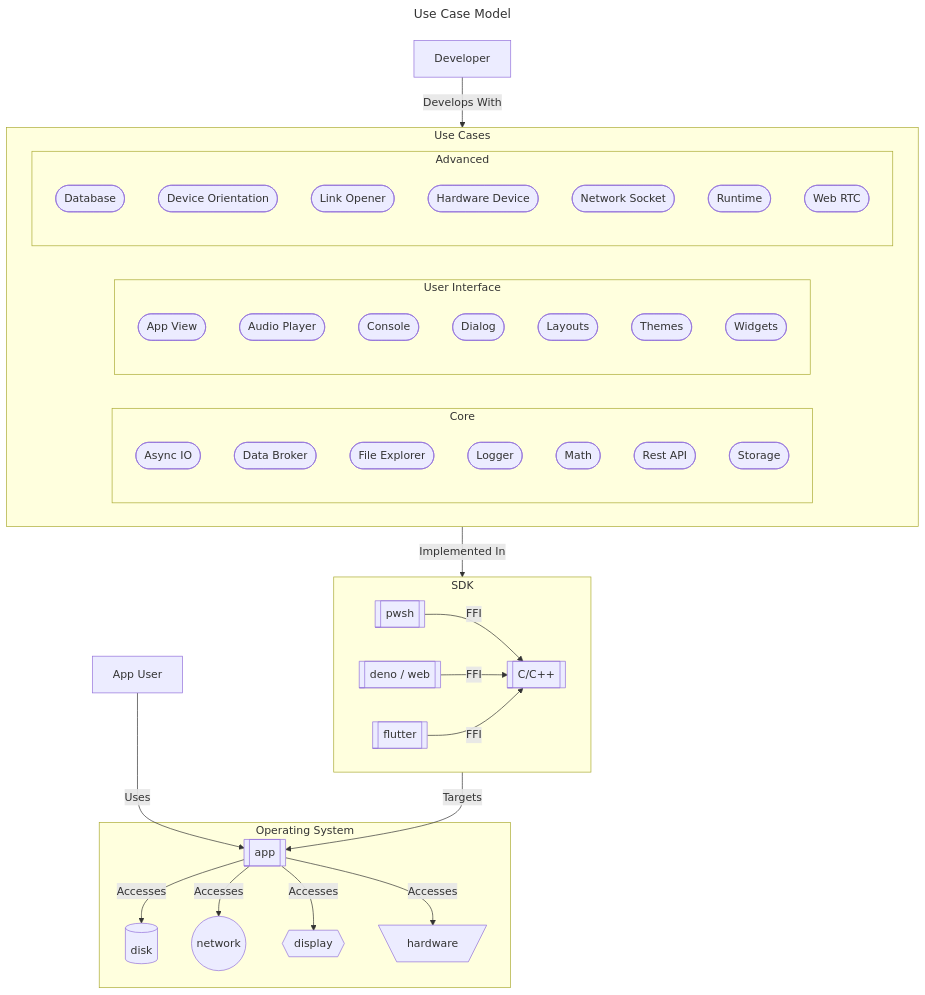
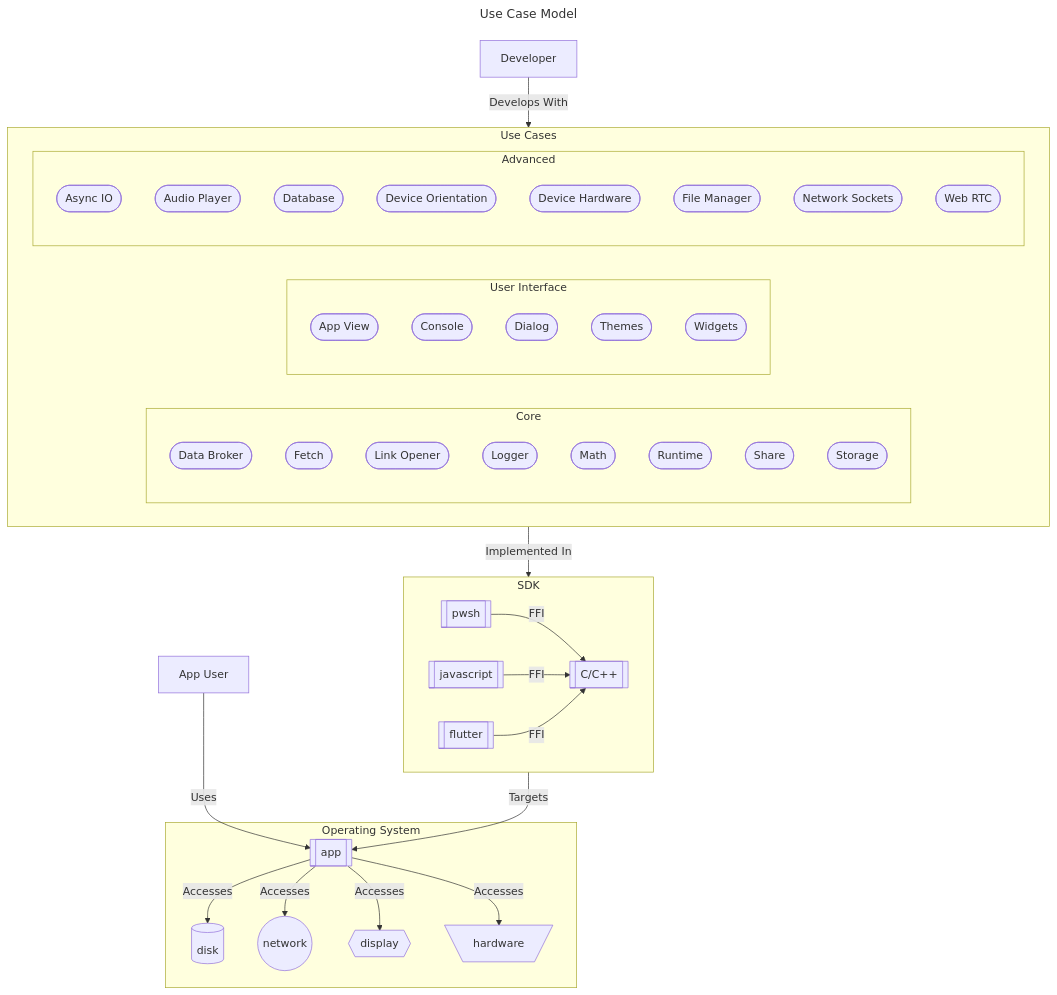
One commit to CodeMelted/codemelted_developer changed the diagram in README.md. Above: the diagram before and after it, drawn with Mermaid. The commit also changed 8 other files, not shown here.

````diff
--- a/README.md
+++ b/README.md
@@ -39,59 +39,59 @@
 ```mermaid
 ---
 title: Use Case Model
 ---
 flowchart TD
     subgraph ucModel[Use Cases]
         subgraph Core
-            ucAsyncIO([Async IO])
             ucDataBroker([Data Broker])
-            ucFileExplorer([File Explorer])
+            ucFetch([Fetch])
+            ucLinkOpener([Link Opener])
             ucLogger([Logger])
             ucMath([Math])
-            ucRestAPI([Rest API])
+            ucRuntime([Runtime])
+            ucShare([Share])
             ucStorage([Storage])
         end
         subgraph User Interface
             ucAppView([App View])
-            ucAudioPlayer([Audio Player])
             ucConsole([Console])
             ucDialog([Dialog])
-            ucLayouts([Layouts])
             ucThemes([Themes])
             ucWidgets([Widgets])
         end
         subgraph Advanced
+            ucAsyncIO([Async IO])
+            ucAudioPlayer([Audio Player])
             ucDatabase([Database])
             ucDeviceOrientation([Device Orientation])
-            ucLinkOpener([Link Opener])
-            ucHardwareDevice([Hardware Device])
-            ucNetworkSocket([Network Socket])
-            ucRuntime([Runtime])
+            ucDeviceHardware([Device Hardware])
+            ucFileManager([File Manager])
+            ucNetworkSockets([Network Sockets])
             ucWebRTC([Web RTC])
         end
     end
     subgraph sdk[SDK]
         pwsh[[pwsh]]
-        deno[[deno / web]]
+        javascript[[javascript]]
         flutter[[flutter]]
         C[[C/C++]]
     end
     subgraph os[Operating System]
         app[[app]]
         disk[(disk)]
         network((network))
         display{{display}}
         hardware[\hardware/]
     end
     Developer--Develops With-->ucModel
     pwsh--FFI-->C
-    deno--FFI-->C
+    javascript--FFI-->C
     flutter--FFI-->C
     ucModel--Implemented In-->sdk
     sdk--Targets-->app
     app--Accesses-->disk
     app--Accesses-->network
     app--Accesses-->display
     app--Accesses-->hardware
     appUser[App User]--Uses-->app
 ```
````
